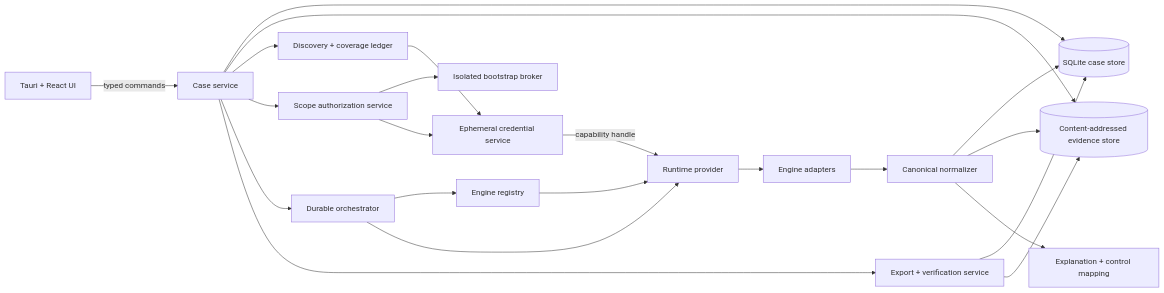
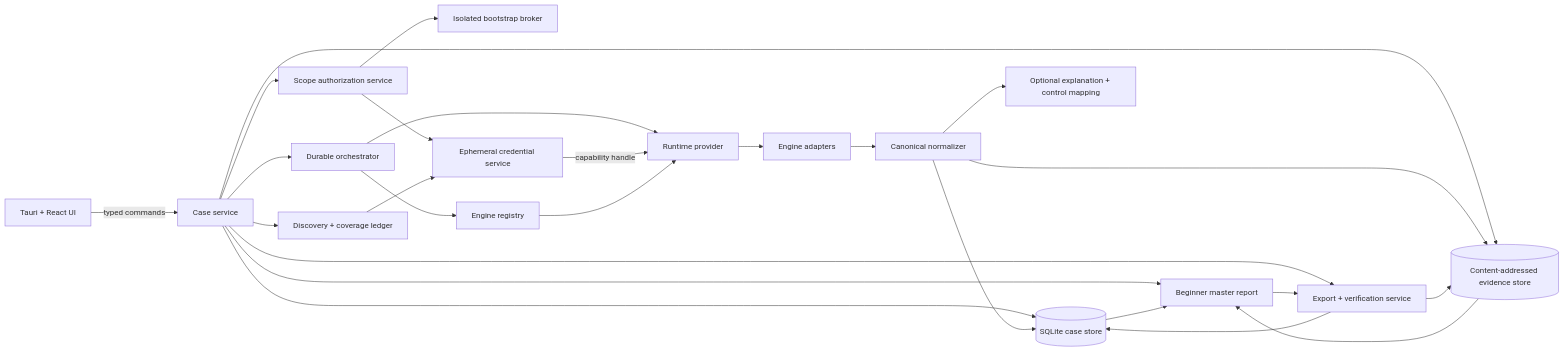
The diagram in docs/architecture.md (teddashh/ai-security-scanner), drawn with Mermaid before and after one commit. The commit also changed other lines of this file and 25 other files, not shown here.

````diff
--- a/docs/architecture.md
+++ b/docs/architecture.md
@@ -22,25 +25,29 @@
 ```mermaid
 flowchart LR
     UI[Tauri + React UI] -->|typed commands| CORE[Case service]
     CORE --> DB[(SQLite case store)]
     CORE --> BLOBS[(Content-addressed evidence store)]
     CORE --> DISC[Discovery + coverage ledger]
     CORE --> SCOPE[Scope authorization service]
     CORE --> ORCH[Durable orchestrator]
+    CORE --> REPORT[Beginner master report]
     CORE --> EXPORT[Export + verification service]
 
     SCOPE --> BROKER[Isolated bootstrap broker]
     SCOPE --> CREDS[Ephemeral credential service]
     DISC --> CREDS
     ORCH --> REG[Engine registry]
     ORCH --> RUNTIME[Runtime provider]
     CREDS -->|capability handle| RUNTIME
     REG --> RUNTIME
     RUNTIME --> ADAPTERS[Engine adapters]
     ADAPTERS --> NORMALIZE[Canonical normalizer]
     NORMALIZE --> DB
     NORMALIZE --> BLOBS
-    NORMALIZE --> MAP[Explanation + control mapping]
+    NORMALIZE --> MAP[Optional explanation + control mapping]
+    DB --> REPORT
+    BLOBS --> REPORT
+    REPORT --> EXPORT
     EXPORT --> DB
     EXPORT --> BLOBS
 ```
````
